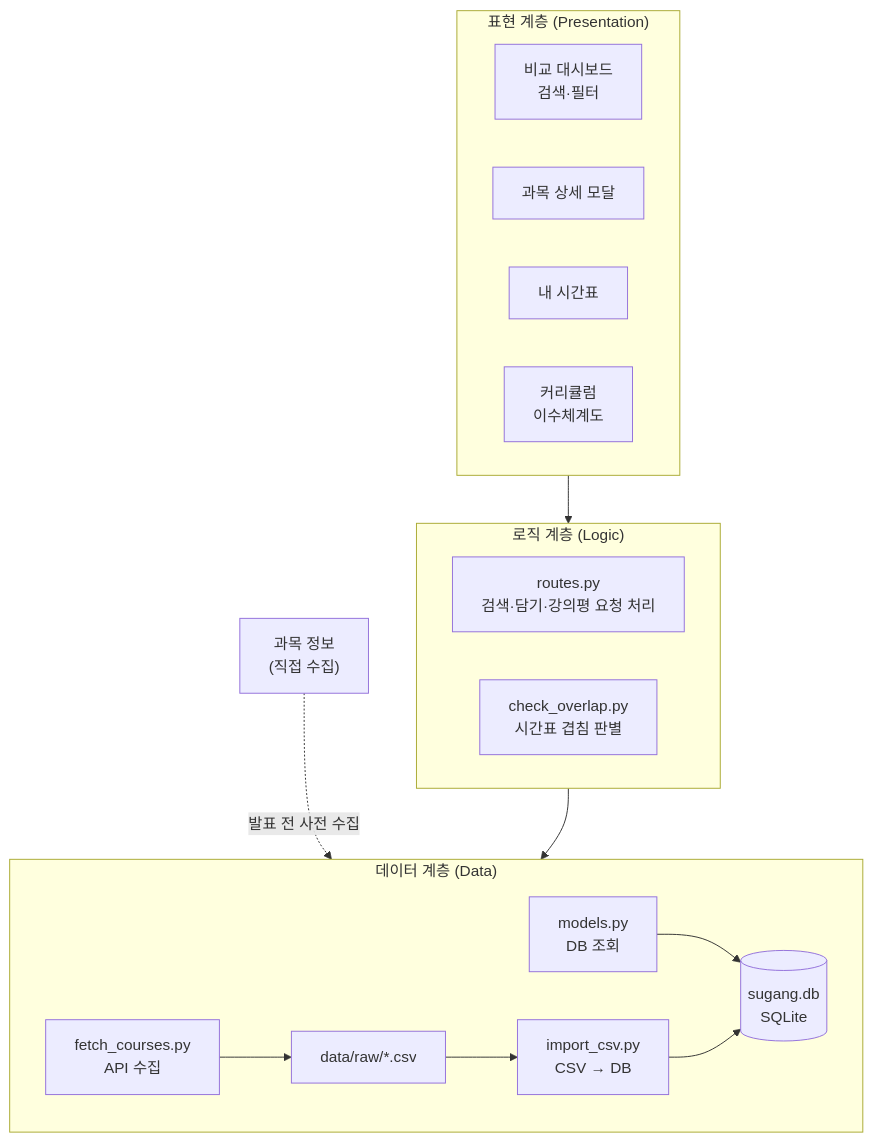
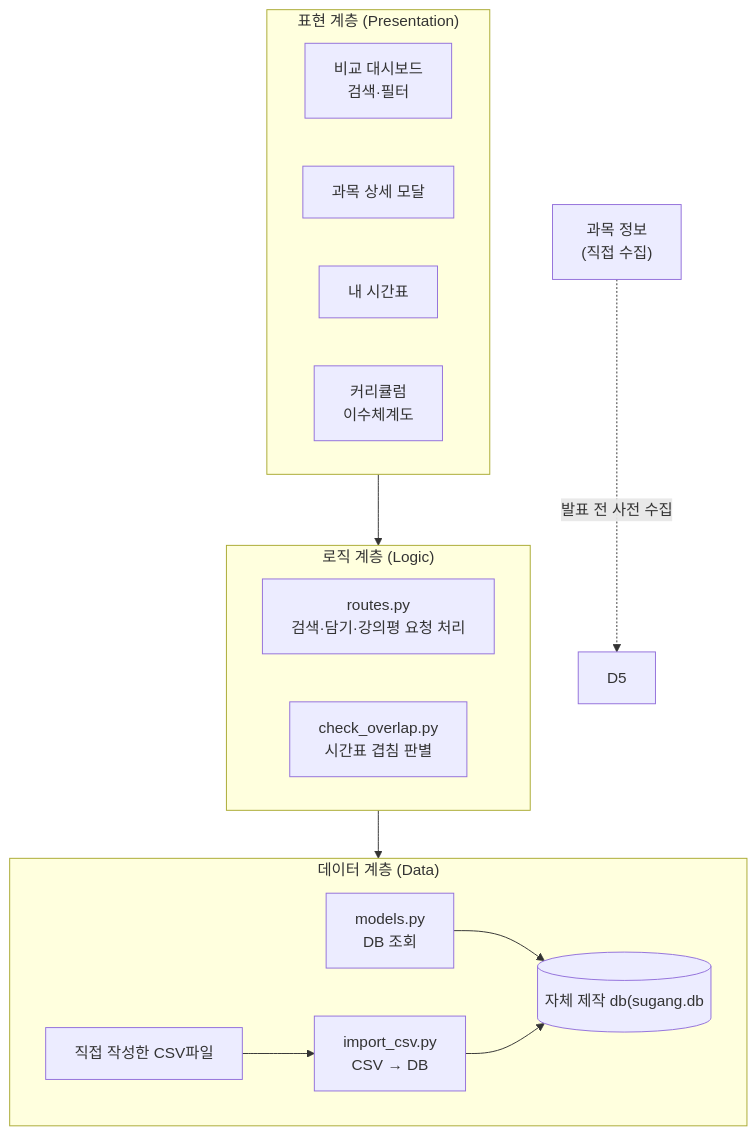
Before and after one commit to Junseok626/aix-2026f-team12: the diagram in docs/week-07.md, drawn with Mermaid.

Commit message:
Revise data layer descriptions in week-07.md
Updated descriptions in the data layer diagram.

````diff
--- a/docs/week-07.md
+++ b/docs/week-07.md
@@ -11,36 +11,35 @@
 ```mermaid
 flowchart TB
     subgraph P["표현 계층 (Presentation)"]
         direction LR
        
         P1["비교 대시보드<br/>검색·필터"]
         P2["과목 상세 모달"]
         P3["내 시간표"]
         P4["커리큘럼<br/>이수체계도"]
     end
 
     subgraph L["로직 계층 (Logic)"]
         direction LR
         L1["routes.py<br/>검색·담기·강의평 요청 처리"]
         L2["check_overlap.py<br/>시간표 겹침 판별"]
     end
 
     subgraph D["데이터 계층 (Data)"]
         direction LR
         D1["models.py<br/>DB 조회"]
-        D2[("sugang.db<br/>SQLite")]
+        D2[("자체 제작 db(sugang.db")]
         D3["import_csv.py<br/>CSV → DB"]
-        D4["data/raw/*.csv"]
-        D5["fetch_courses.py<br/>API 수집"]
+        D4["직접 작성한 CSV파일"]
         D1 --> D2
         D3 --> D2
         D4 --> D3
-        D5 --> D4
+        
     end
 
     EXT["과목 정보<br/>(직접 수집)"]
 
     P --> L
     L --> D
     EXT -.->|"발표 전 사전 수집"| D5
 ```
````
